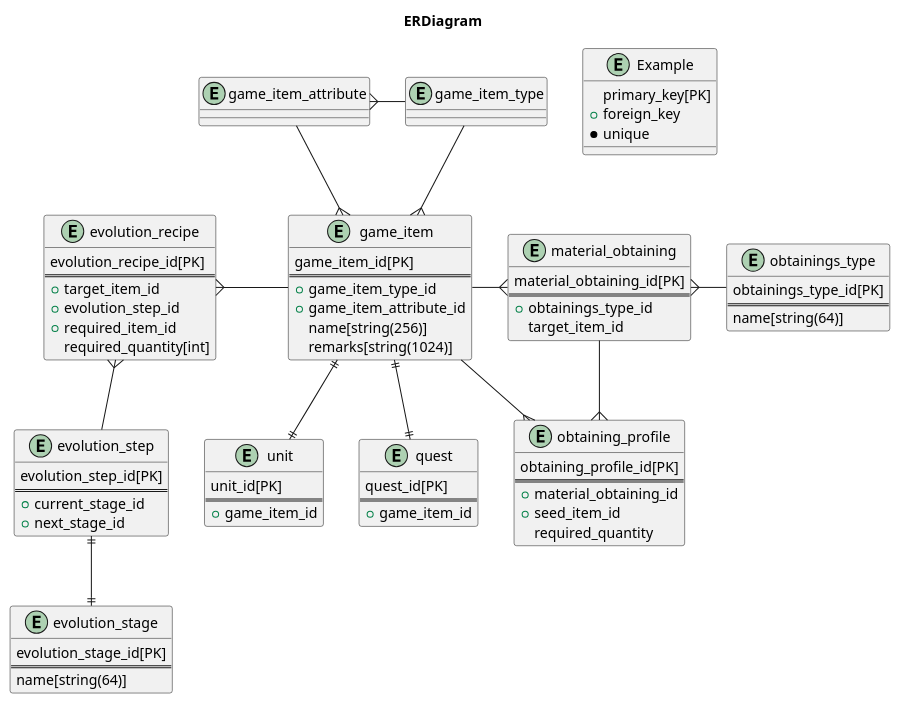
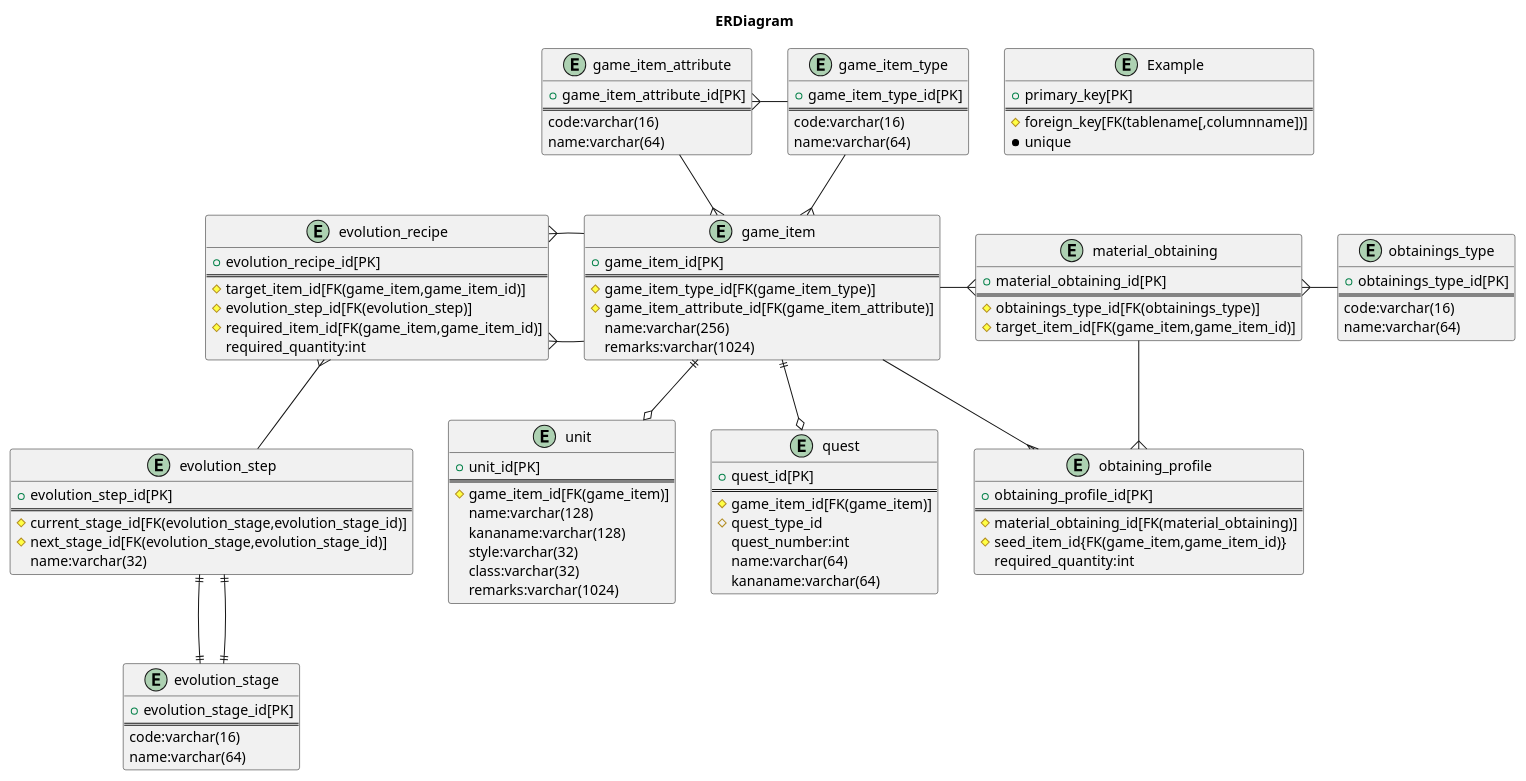
Before and after one commit to mmc-dev/DarwinforGames: the second of 2 diagrams in documents/DarwinforGamesUMLDiagrams.md, drawn with PlantUML.

Commit message:
doc: apply to own notation add columns

```diff
--- a/documents/DarwinforGamesUMLDiagrams.md
+++ b/documents/DarwinforGamesUMLDiagrams.md
@@ -46,93 +46,114 @@
 title ERDiagram
 
 entity Example {
-    primary_key[PK]
-    +foreign_key
-    *unique
+    + primary_key[PK]
+    ==
+    # foreign_key[FK(tablename[,columnname])]
+    * unique
 }
 
 
 entity "game_item" {
-    game_item_id[PK]
+    + game_item_id[PK]
     ==
-    +game_item_type_id
-    +game_item_attribute_id
-    name[string(256)]
-    remarks[string(1024)]
+    # game_item_type_id[FK(game_item_type)]
+    # game_item_attribute_id[FK(game_item_attribute)]
+    name:varchar(256)
+    remarks:varchar(1024)
 }
 
 entity "unit" {
-    unit_id[PK]
+    + unit_id[PK]
     ==
-    +game_item_id
+    # game_item_id[FK(game_item)]
+    name:varchar(128)
+    kananame:varchar(128)
+    style:varchar(32)
+    class:varchar(32)
+    remarks:varchar(1024)
 }
 
 entity "quest" {
-    quest_id[PK]
+    + quest_id[PK]
     ==
-    +game_item_id
+    # game_item_id[FK(game_item)]
+    # quest_type_id
+    quest_number:int
+    name:varchar(64)
+    kananame:varchar(64)
 }
 
 entity "evolution_stage" {
-    evolution_stage_id[PK]
+    + evolution_stage_id[PK]
     ==
-    name[string(64)]
+    code:varchar(16)
+    name:varchar(64)
 }
 
 entity "evolution_step" {
-    evolution_step_id[PK]
+    + evolution_step_id[PK]
     ==
-    +current_stage_id
-    +next_stage_id
+    # current_stage_id[FK(evolution_stage,evolution_stage_id)]
+    # next_stage_id[FK(evolution_stage,evolution_stage_id)]
+    name:varchar(32)
 }
 
 entity "evolution_recipe"{
-    evolution_recipe_id[PK]
+    + evolution_recipe_id[PK]
     ==
-    +target_item_id
-    +evolution_step_id
-    +required_item_id
-    required_quantity[int]
+    # target_item_id[FK(game_item,game_item_id)]
+    # evolution_step_id[FK(evolution_step)]
+    # required_item_id[FK(game_item,game_item_id)]
+    required_quantity:int
 }
 
 entity "obtaining_profile" {
-    obtaining_profile_id[PK]
+    + obtaining_profile_id[PK]
     ==
-    +material_obtaining_id
-    +seed_item_id
-    required_quantity
+    # material_obtaining_id[FK(material_obtaining)]
+    # seed_item_id{FK(game_item,game_item_id)}
+    required_quantity:int
 }
 
 entity "material_obtaining" {
-    material_obtaining_id[PK]
+    + material_obtaining_id[PK]
     ==
-    +obtainings_type_id
-    target_item_id
+    # obtainings_type_id[FK(obtainings_type)]
+    # target_item_id[FK(game_item,game_item_id)]
 }
 
 entity "obtainings_type" {
-    obtainings_type_id[PK]
+    + obtainings_type_id[PK]
     ==
-    name[string(64)]
+    code:varchar(16)
+    name:varchar(64)
 }
 
 entity "game_item_type" {
-
+    + game_item_type_id[PK]
+    ==
+    code:varchar(16)
+    name:varchar(64)
 }
 
 entity "game_item_attribute" {
-    
+    + game_item_attribute_id[PK]
+    ==
+    code:varchar(16)
+    name:varchar(64)    
 }
 
 
 game_item_attribute }- game_item_type
 game_item }-up- game_item_type 
 game_item }-up- game_item_attribute
-game_item ||--|| unit 
-game_item ||--|| quest
+game_item ||--o unit 
+game_item ||--o quest
 
-evolution_recipe }-ri- game_item
+evolution_recipe }--ri-- game_item
+evolution_recipe }--ri-- game_item
 evolution_recipe }-down- evolution_step
+evolution_step ||-down-|| evolution_stage
 evolution_step ||-down-|| evolution_stage
 material_obtaining -down-{ obtaining_profile
 game_item -ri-{ material_obtaining
```
